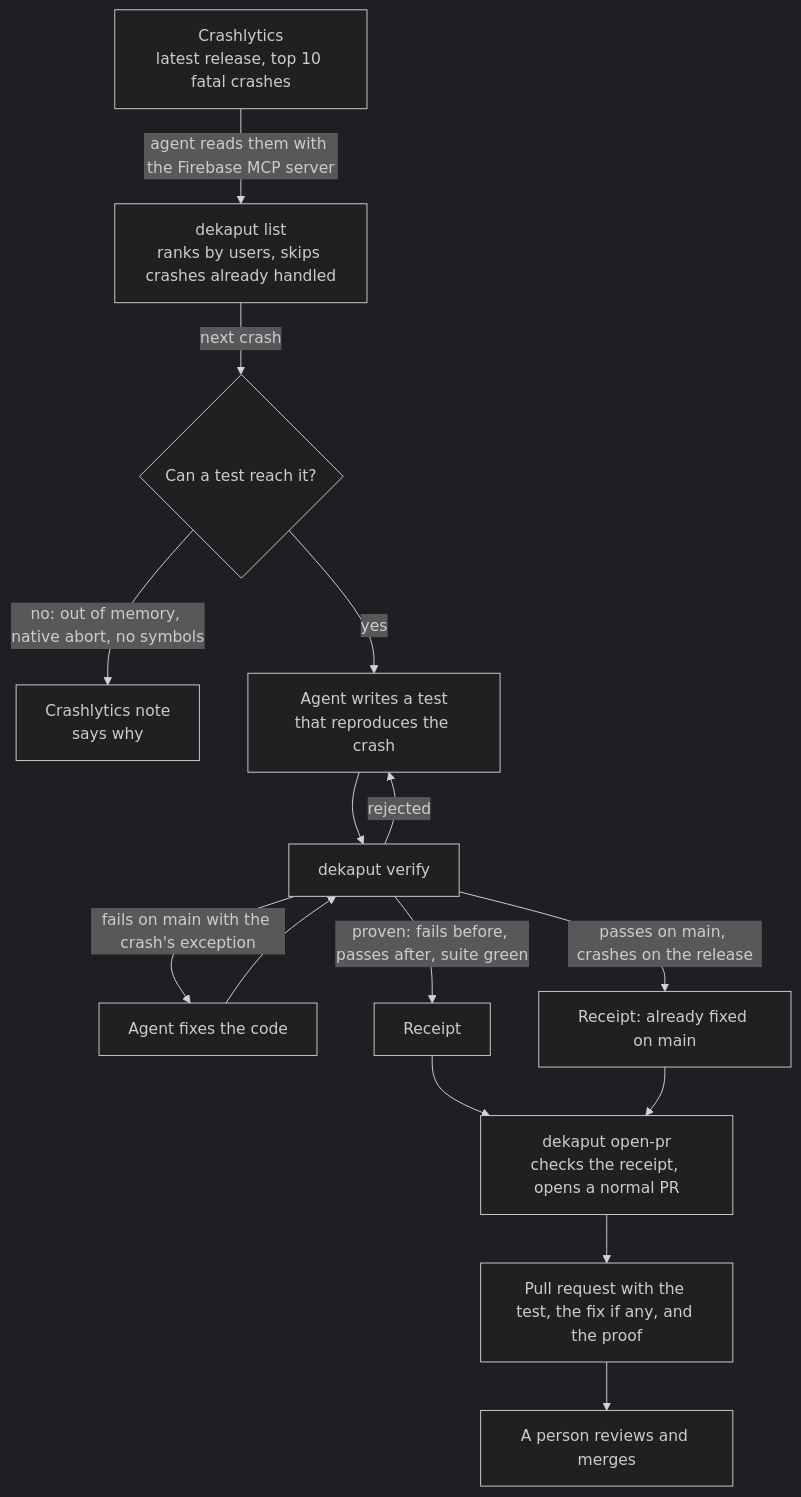
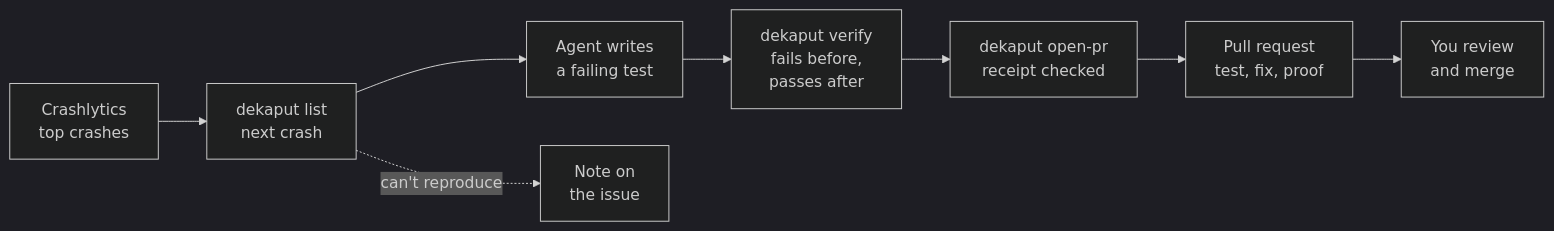
Before and after one commit to vaazh-studios/de-kaput: the diagram in README.md, drawn with Mermaid (dark theme).

Commit message:
docs: a compact left-to-right diagram that fits GitHub's frame

````diff
--- a/README.md
+++ b/README.md
@@ -11,17 +11,10 @@
 ```mermaid
-flowchart TD
-    A["Crashlytics<br/>latest release, top 10 fatal crashes"] -->|"agent reads them with the Firebase MCP server"| B["dekaput list<br/>ranks by users, skips crashes already handled"]
-    B -->|"next crash"| C{"Can a test reach it?"}
-    C -->|"no: out of memory, native abort, no symbols"| N["Crashlytics note<br/>says why"]
-    C -->|"yes"| D["Agent writes a test<br/>that reproduces the crash"]
-    D --> E["dekaput verify"]
-    E -->|"fails on main with the crash's exception"| F["Agent fixes the code"]
-    F --> E
-    E -->|"proven: fails before, passes after, suite green"| G["Receipt"]
-    E -->|"passes on main, crashes on the release"| H["Receipt: already fixed on main"]
-    E -->|"rejected"| D
-    G --> P["dekaput open-pr<br/>checks the receipt, opens a normal PR"]
-    H --> P
-    P --> R["Pull request with the test, the fix if any, and the proof"]
-    R --> M["A person reviews and merges"]
+flowchart LR
+    A["Crashlytics<br/>top crashes"] --> B["dekaput list<br/>next crash"]
+    B --> C["Agent writes<br/>a failing test"]
+    C --> D["dekaput verify<br/>fails before,<br/>passes after"]
+    D --> E["dekaput open-pr<br/>receipt checked"]
+    E --> F["Pull request<br/>test, fix, proof"]
+    F --> G["You review<br/>and merge"]
+    B -.->|"can't reproduce"| N["Note on<br/>the issue"]
 ```
````
